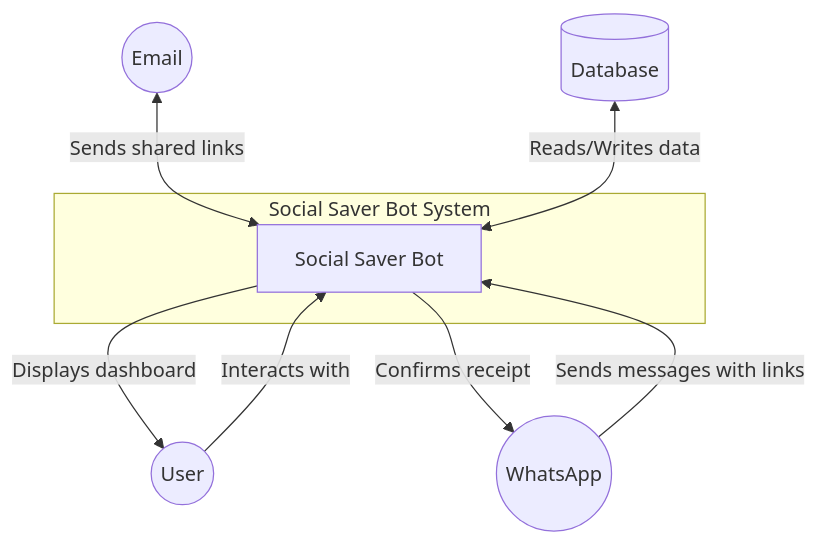
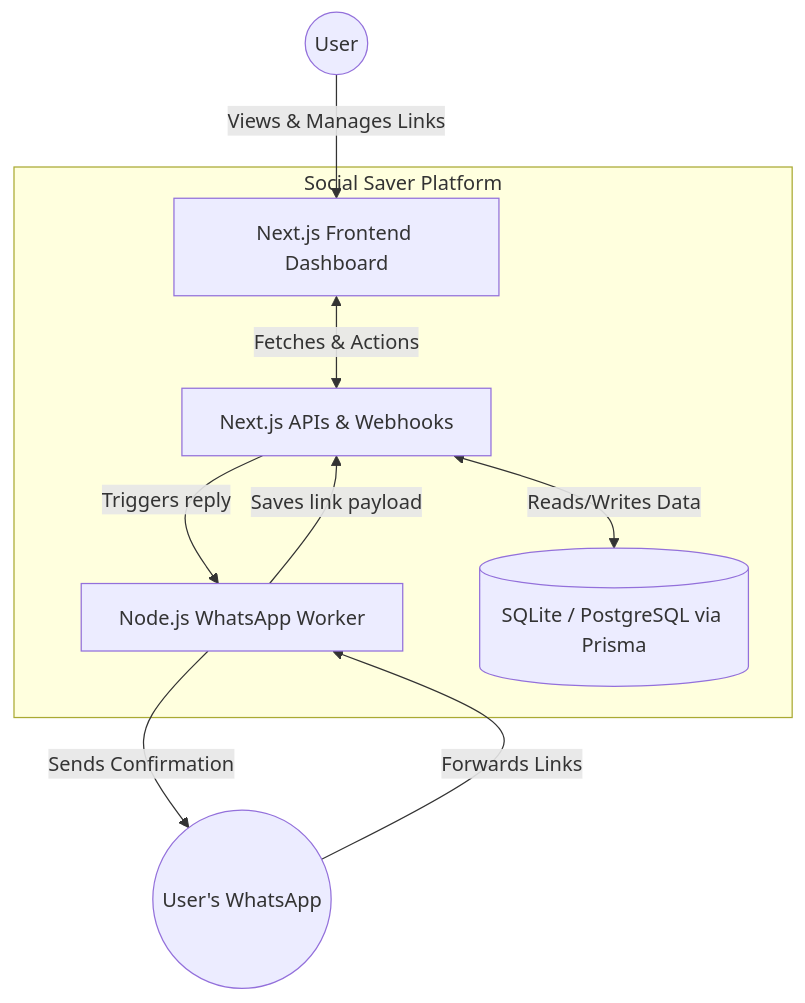
Before and after one commit to ankush850/Hack-the-Thread-Social-Saver-Bot-Prototype: the second of 3 diagrams in README.md, drawn with Mermaid. The commit also changed other lines of this file, not shown here.

````diff
--- a/README.md
+++ b/README.md
@@ -91,16 +93,19 @@
 ```mermaid
 graph TB
-    subgraph "Social Saver Bot System"
-        SSB[Social Saver Bot]
+    subgraph "Social Saver Platform"
+        FE[Next.js Frontend Dashboard]
+        API[Next.js APIs & Webhooks]
+        Worker[Node.js WhatsApp Worker]
+        DB[(SQLite / PostgreSQL via Prisma)]
     end
 
-    User((User)) -->|Interacts with| SSB
-    SSB -->|Displays dashboard| User
+    User((User)) -->|Views & Manages Links| FE
+    FE <-->|Fetches & Actions| API
     
-    WhatsApp((WhatsApp)) -->|Sends messages with links| SSB
-    SSB -->|Confirms receipt| WhatsApp
+    WhatsApp((User's WhatsApp)) -->|Forwards Links| Worker
+    Worker -->|Saves link payload| API
+    API -->|Triggers reply| Worker
+    Worker -->|Sends Confirmation| WhatsApp
     
-    Email((Email)) <-->|Sends shared links| SSB
-    
-    Database[(Database)] <-->|Reads/Writes data| SSB
+    API <-->|Reads/Writes Data| DB
 ```
````
